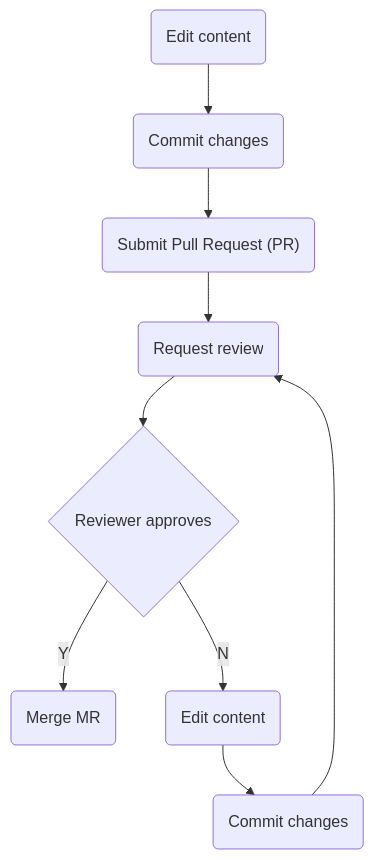
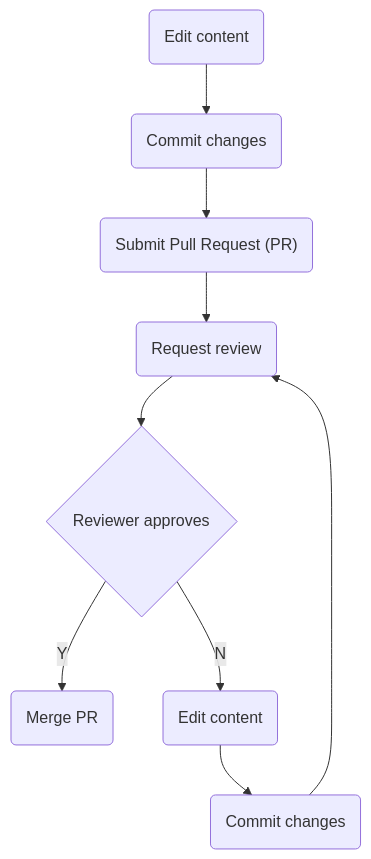
Before and after one commit to seanmcilroy29/devex-and-commsuccess: the diagram in how-to-edit-the-handbook/README.md, drawn with Mermaid. The commit also changed other lines of this file, not shown here.

````diff
--- a/how-to-edit-the-handbook/README.md
+++ b/how-to-edit-the-handbook/README.md
@@ -19,11 +19,11 @@
 ```mermaid
 graph TD
     A(Edit content) --> B_(Commit changes)
     B_ --> B("Submit Pull Request (PR)")
     B --> C(Request review)
     C --> D{Reviewer approves}
-    D -->|Y| E(Merge MR)
+    D -->|Y| E(Merge PR)
     D -->|N| F(Edit content)
     F --> G(Commit changes)
     G --> C
 ```
````
